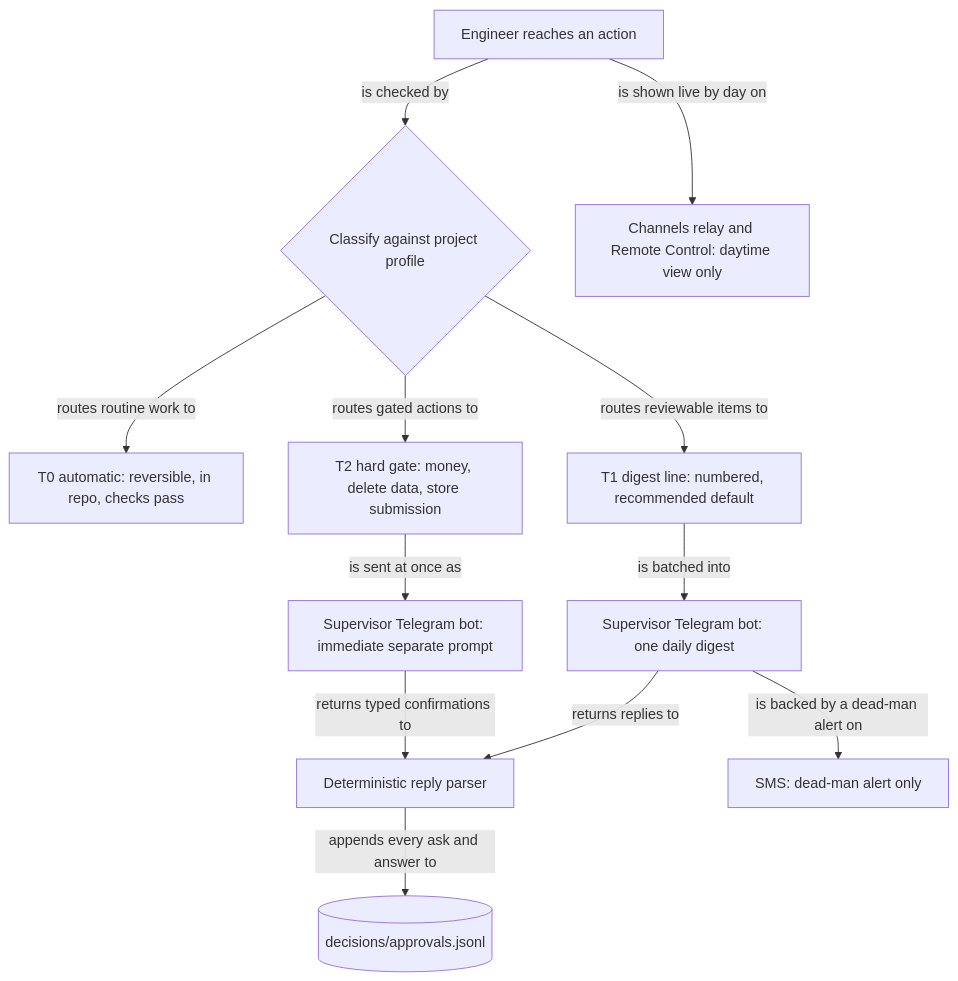
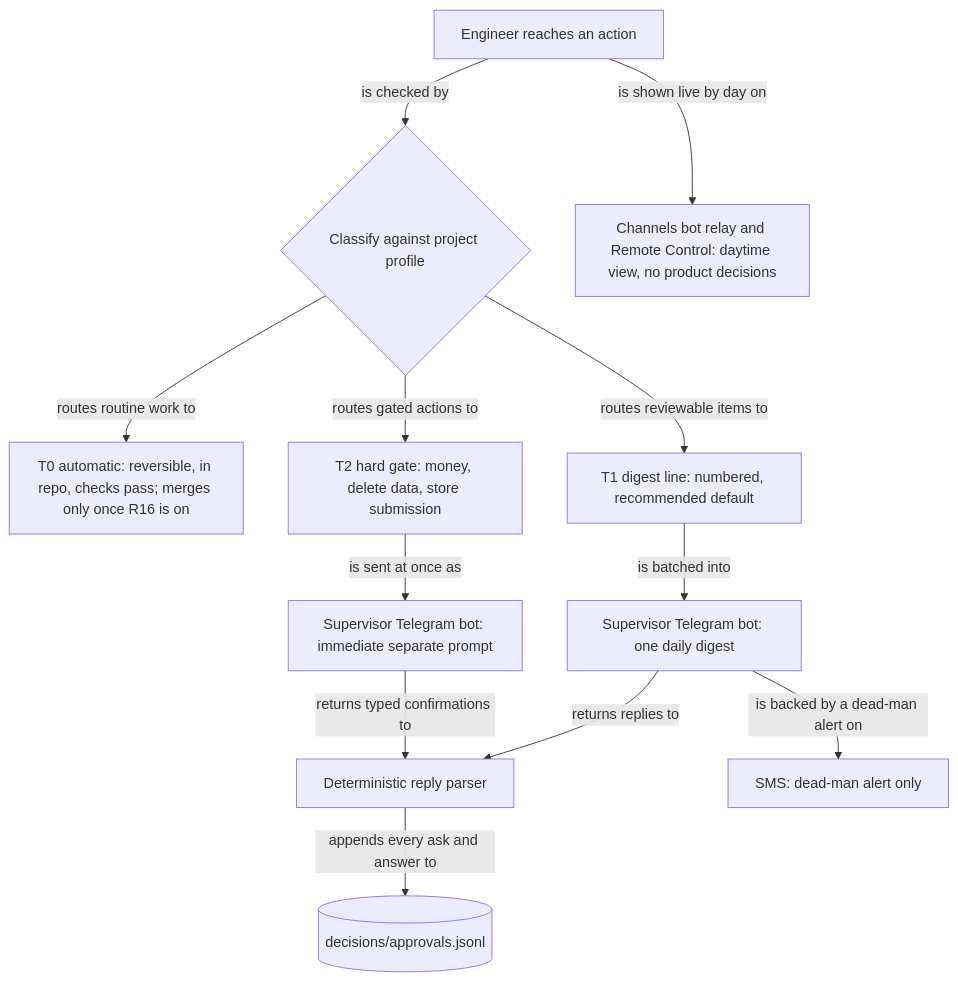
The diagram in docs/diagrams/engineer-approvals.mmd (jcallahanp/Autonomy-Research), drawn with Mermaid before and after one commit. The commit also changed 9 other files, not shown here.

```diff
--- a/docs/diagrams/engineer-approvals.mmd
+++ b/docs/diagrams/engineer-approvals.mmd
@@ -1,24 +1,24 @@
 flowchart TD
   act[Engineer reaches an action]
   classify{Classify against project profile}
-  t0[T0 automatic: reversible, in repo, checks pass]
+  t0["T0 automatic: reversible, in repo, checks pass; merges only once R16 is on"]
   t1[T1 digest line: numbered, recommended default]
   t2[T2 hard gate: money, delete data, store submission]
   digest[Supervisor Telegram bot: one daily digest]
   prompt[Supervisor Telegram bot: immediate separate prompt]
   parser[Deterministic reply parser]
   log[(decisions/approvals.jsonl)]
-  relay[Channels relay and Remote Control: daytime view only]
+  relay[Channels bot relay and Remote Control: daytime view, no product decisions]
   sms[SMS: dead-man alert only]
 
   act -- "is checked by" --> classify
   classify -- "routes routine work to" --> t0
   classify -- "routes reviewable items to" --> t1
   classify -- "routes gated actions to" --> t2
   t1 -- "is batched into" --> digest
   t2 -- "is sent at once as" --> prompt
   digest -- "returns replies to" --> parser
   prompt -- "returns typed confirmations to" --> parser
   parser -- "appends every ask and answer to" --> log
   act -- "is shown live by day on" --> relay
   digest -- "is backed by a dead-man alert on" --> sms
```
